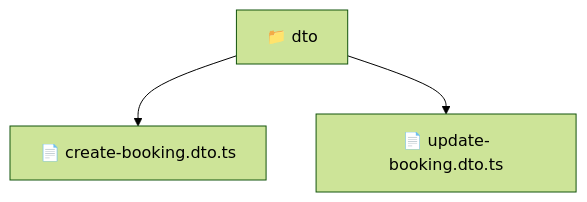
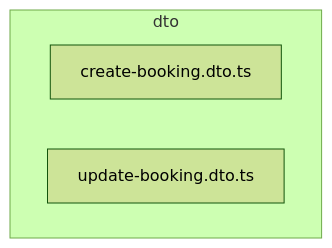
Before and after one commit to beginwebdev2002/fullstack-mavluda: the diagram in backend/src/modules/booking/presentation/dto/README.md, drawn with Mermaid (forest theme). The commit also changed other lines of this file and 163 other files, not shown here.

````diff
--- a/backend/src/modules/booking/presentation/dto/README.md
+++ b/backend/src/modules/booking/presentation/dto/README.md
@@ -9,6 +15,7 @@
 ```mermaid
 graph TD
-  Root["📁 dto"]
-  Root --> create_booking_dto_ts["📄 create-booking.dto.ts"]
-  Root --> update_booking_dto_ts["📄 update-booking.dto.ts"]
+  subgraph dto
+    create_booking_dto_ts["create-booking.dto.ts"]
+    update_booking_dto_ts["update-booking.dto.ts"]
+  end
 ```
````
